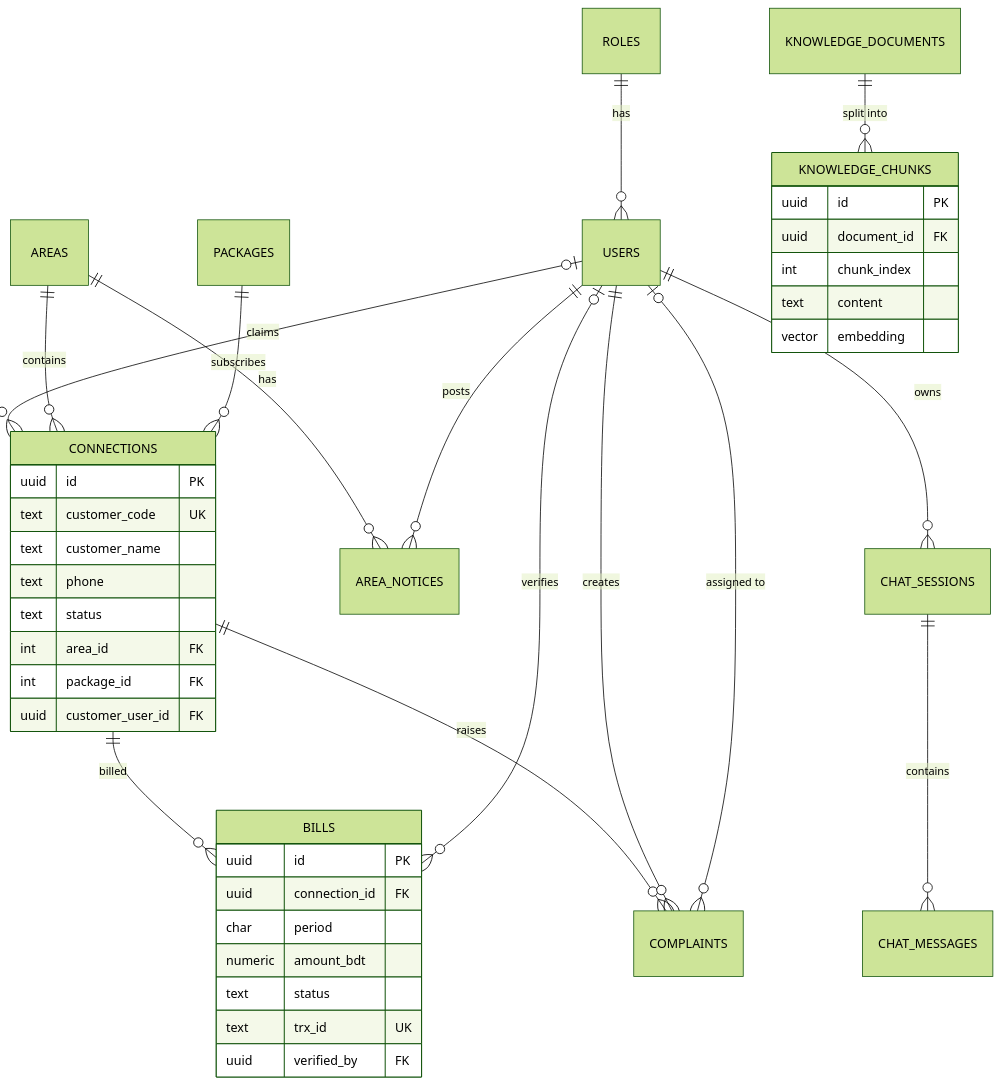
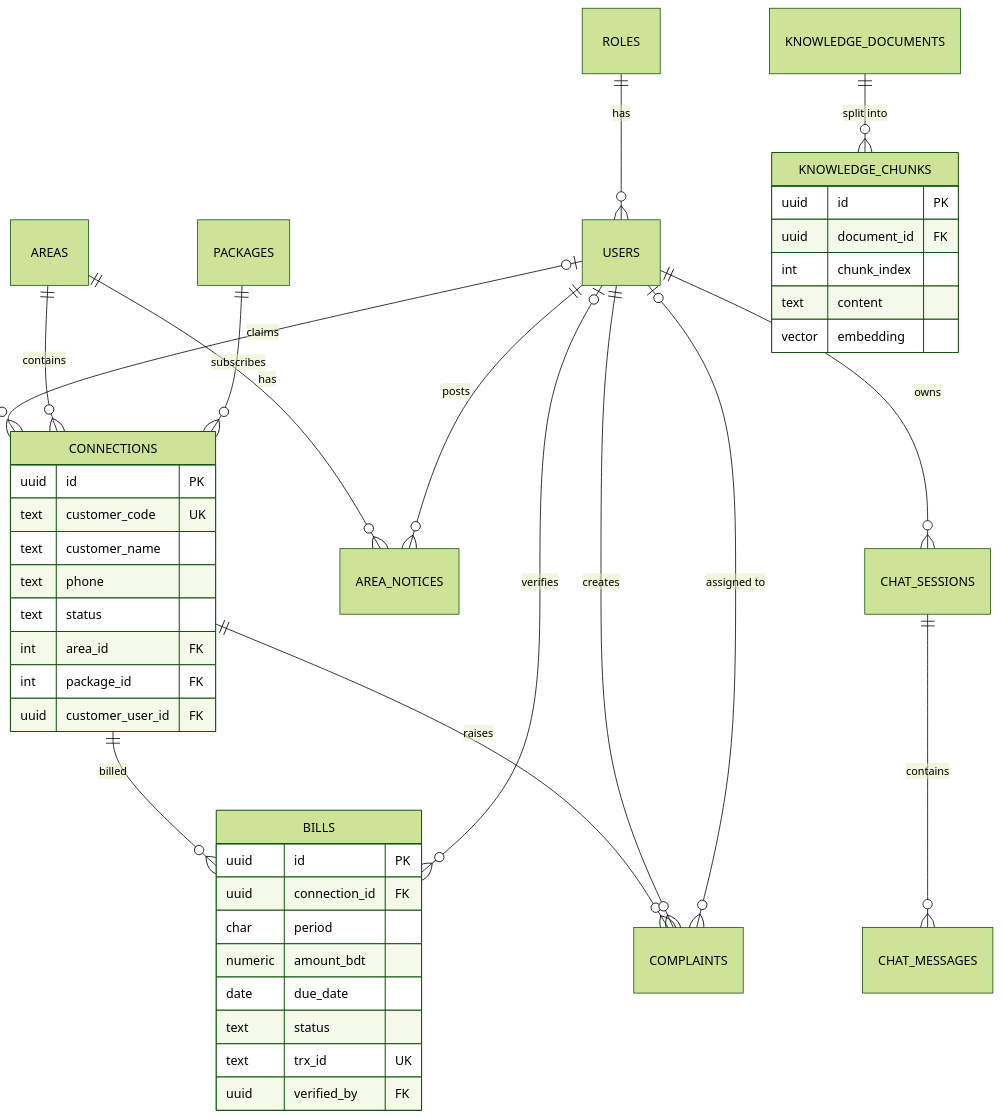
The eighth of 9 diagrams in docs/PROPOSAL.md (shohidul-code/NetDesk), drawn with Mermaid (forest theme) before and after one commit. The commit also changed other lines of this file and 12 other files, not shown here.

````diff
--- a/docs/PROPOSAL.md
+++ b/docs/PROPOSAL.md
@@ -462,43 +462,44 @@
 ```mermaid
 erDiagram
   ROLES ||--o{ USERS : has
   USERS |o--o{ CONNECTIONS : claims
   AREAS ||--o{ CONNECTIONS : contains
   PACKAGES ||--o{ CONNECTIONS : subscribes
   CONNECTIONS ||--o{ BILLS : billed
   USERS |o--o{ BILLS : verifies
   CONNECTIONS ||--o{ COMPLAINTS : raises
   USERS ||--o{ COMPLAINTS : creates
   USERS |o--o{ COMPLAINTS : "assigned to"
   AREAS ||--o{ AREA_NOTICES : has
   USERS ||--o{ AREA_NOTICES : posts
   KNOWLEDGE_DOCUMENTS ||--o{ KNOWLEDGE_CHUNKS : "split into"
   USERS ||--o{ CHAT_SESSIONS : owns
   CHAT_SESSIONS ||--o{ CHAT_MESSAGES : contains
   CONNECTIONS {
     uuid id PK
     text customer_code UK
     text customer_name
     text phone
     text status
     int area_id FK
     int package_id FK
     uuid customer_user_id FK
   }
   BILLS {
     uuid id PK
     uuid connection_id FK
     char period
     numeric amount_bdt
+    date due_date
     text status
     text trx_id UK
     uuid verified_by FK
   }
   KNOWLEDGE_CHUNKS {
     uuid id PK
     uuid document_id FK
     int chunk_index
     text content
     vector embedding
   }
 ```
````
